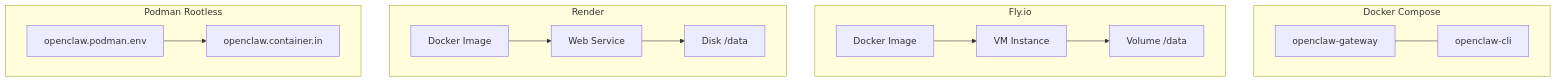
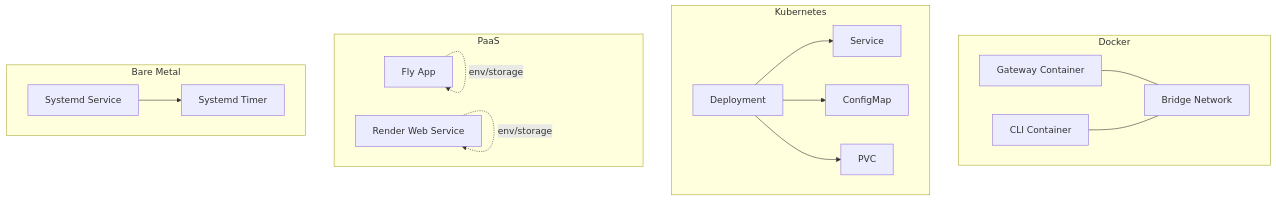
Before and after one commit to botx-work/OpenClaw-Internals: the second of 7 diagrams in repowiki/en/content/Deployment & Operations/Deployment & Operations.md, drawn with Mermaid. The commit also changed other lines of this file and 332 other files, not shown here.

````diff
--- a/repowiki/en/content/Deployment & Operations/Deployment & Operations.md
+++ b/repowiki/en/content/Deployment & Operations/Deployment & Operations.md
@@ -110,27 +120,30 @@
 ```mermaid
 graph TB
-subgraph "Docker Compose"
-DCGW["openclaw-gateway"]
-DCC["openclaw-cli"]
+subgraph "Docker"
+D_GW["Gateway Container"]
+D_CLI["CLI Container"]
+D_NET["Bridge Network"]
+D_GW --- D_NET
+D_CLI --- D_NET
 end
-subgraph "Fly.io"
-FIMG["Docker Image"]
-FVM["VM Instance"]
-FVOL["Volume /data"]
+subgraph "Kubernetes"
+K_DEP["Deployment"]
+K_SVC["Service"]
+K_CFG["ConfigMap"]
+K_PVC["PVC"]
+K_DEP --> K_SVC
+K_DEP --> K_CFG
+K_DEP --> K_PVC
 end
-subgraph "Render"
-RIMG["Docker Image"]
-RSVC["Web Service"]
-RDISK["Disk /data"]
+subgraph "PaaS"
+F_APP["Fly App"]
+R_APP["Render Web Service"]
+F_APP -. env/storage .-> F_APP
+R_APP -. env/storage .-> R_APP
 end
-subgraph "Podman Rootless"
-PENV["openclaw.podman.env"]
-PUNIT["openclaw.container.in"]
+subgraph "Bare Metal"
+S_SRV["Systemd Service"]
+S_TMR["Systemd Timer"]
+S_SRV --> S_TMR
 end
-DCGW --- DCC
-FIMG --> FVM
-FVM --> FVOL
-RIMG --> RSVC
-RSVC --> RDISK
-PENV --> PUNIT
 ```
````
